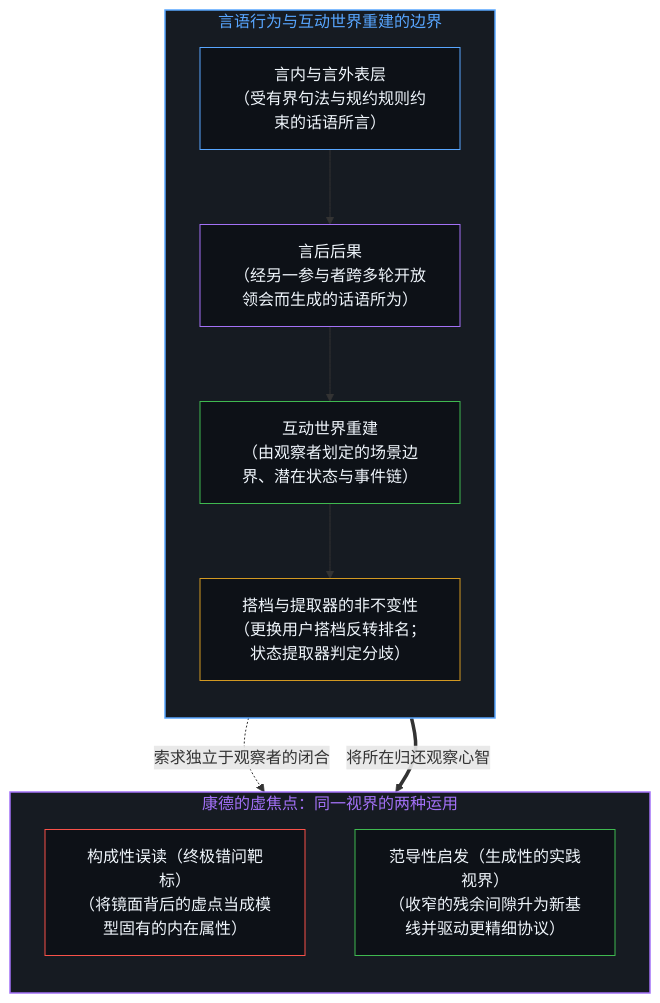
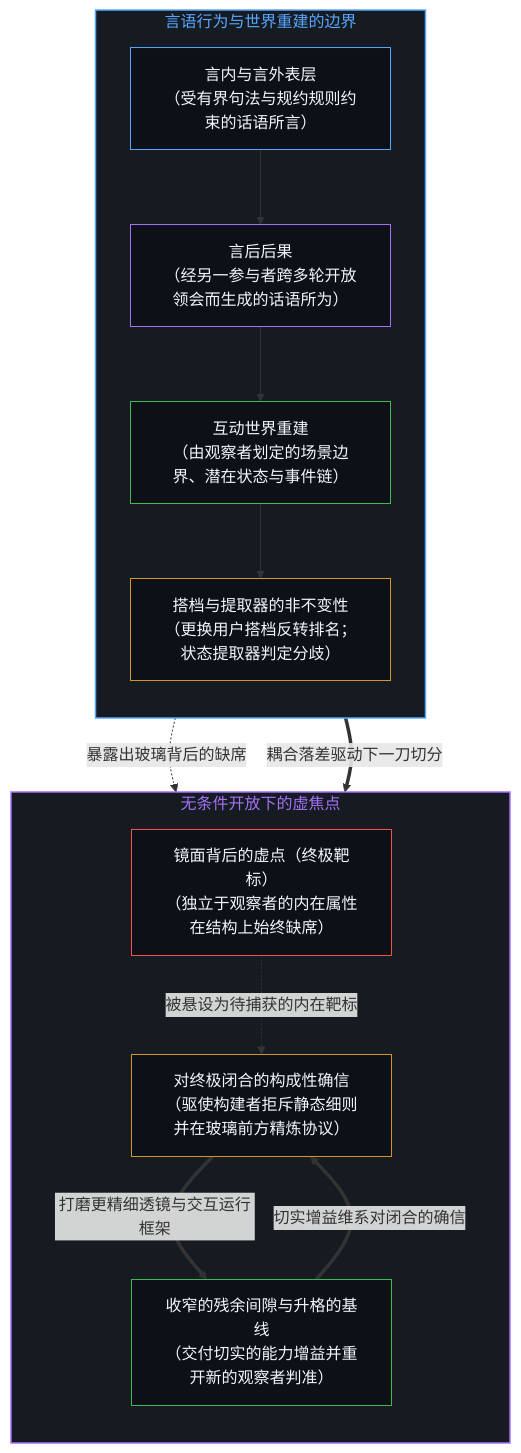
Before and after one commit to powerpig99/not-a-toe: the first of 4 diagrams in content/posts/eternally-wrong-questions-that-haunt-practice.md, drawn with Mermaid. The commit also changed other lines of this file and 3 other files, not shown here.

````diff
--- a/content/posts/eternally-wrong-questions-that-haunt-practice.md
+++ b/content/posts/eternally-wrong-questions-that-haunt-practice.md
@@ -21,26 +21,31 @@
 ```mermaid
 flowchart TD
-    subgraph S_Speech["言语行为与互动世界重建的边界"]
+    subgraph S_Speech["言语行为与世界重建的边界"]
         direction TB
         LOC["言内与言外表层<br/>（受有界句法与规约规则约束的话语所言）"]
         PER["言后后果<br/>（经另一参与者跨多轮开放领会而生成的话语所为）"]
         REC["互动世界重建<br/>（由观察者划定的场景边界、潜在状态与事件链）"]
         COUP["搭档与提取器的非不变性<br/>（更换用户搭档反转排名；状态提取器判定分歧）"]
         LOC --> PER --> REC --> COUP
     end
-    subgraph S_Focus["康德的虚焦点：同一视界的两种运用"]
+    subgraph S_Focus["无条件开放下的虚焦点"]
         direction TB
-        CON["构成性误读（终极错问靶标）<br/>（将镜面背后的虚点当成模型固有的内在属性）"]
-        REG["范导性启发（生成性的实践视界）<br/>（收窄的残余间隙升为新基线并驱动更精细协议）"]
+        MIR["镜面背后的虚点（终极靶标）<br/>（独立于观察者的内在属性在结构上始终缺席）"]
+        CONV["对终极闭合的构成性确信<br/>（驱使构建者拒斥静态细则并在玻璃前方精炼协议）"]
+        GAIN["收窄的残余间隙与升格的基线<br/>（交付切实的能力增益并重开新的观察者判准）"]
+        MIR -. "被悬设为待捕获的内在靶标" .-> CONV
+        CONV ==>|"打磨更精细透镜与交互运行框架"| GAIN
+        GAIN ==>|"切实增益维系对闭合的确信"| CONV
     end
-    COUP -. "索求独立于观察者的闭合" .-> CON
-    COUP ==>|"将所在归还观察心智"| REG
+    COUP -. "暴露出玻璃背后的缺席" .-> MIR
+    COUP ==>|"耦合落差驱动下一刀切分"| CONV
     style S_Speech fill:#161b22,stroke:#58a6ff,stroke-width:1.5px,color:#58a6ff
     style S_Focus fill:#161b22,stroke:#a371f7,stroke-width:1.5px,color:#a371f7
     style LOC fill:#0d1117,stroke:#58a6ff,stroke-width:1px,color:#f0f6fc
     style PER fill:#0d1117,stroke:#a371f7,stroke-width:1px,color:#f0f6fc
     style REC fill:#0d1117,stroke:#3fb950,stroke-width:1px,color:#f0f6fc
     style COUP fill:#0d1117,stroke:#d29922,stroke-width:1px,color:#f0f6fc
-    style CON fill:#0d1117,stroke:#f85149,stroke-width:1px,color:#f0f6fc
-    style REG fill:#0d1117,stroke:#3fb950,stroke-width:1px,color:#f0f6fc
+    style MIR fill:#0d1117,stroke:#f85149,stroke-width:1px,color:#f0f6fc
+    style CONV fill:#0d1117,stroke:#d29922,stroke-width:1px,color:#f0f6fc
+    style GAIN fill:#0d1117,stroke:#3fb950,stroke-width:1px,color:#f0f6fc
 ```
````
